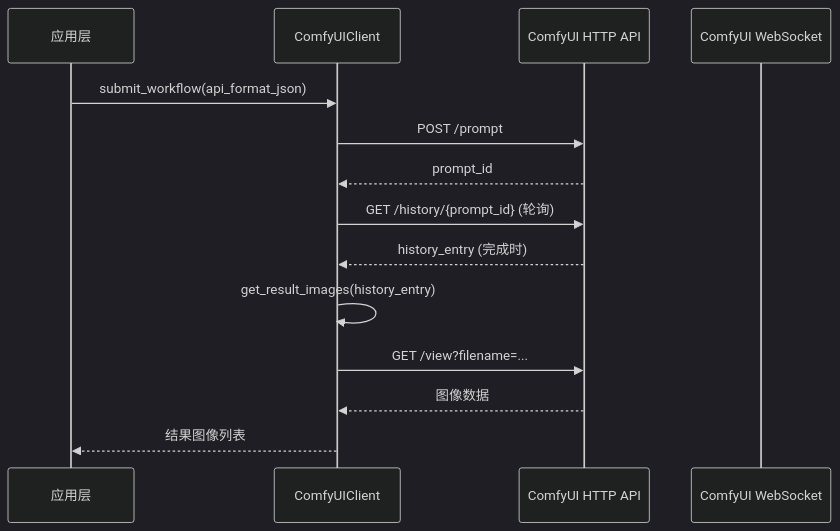
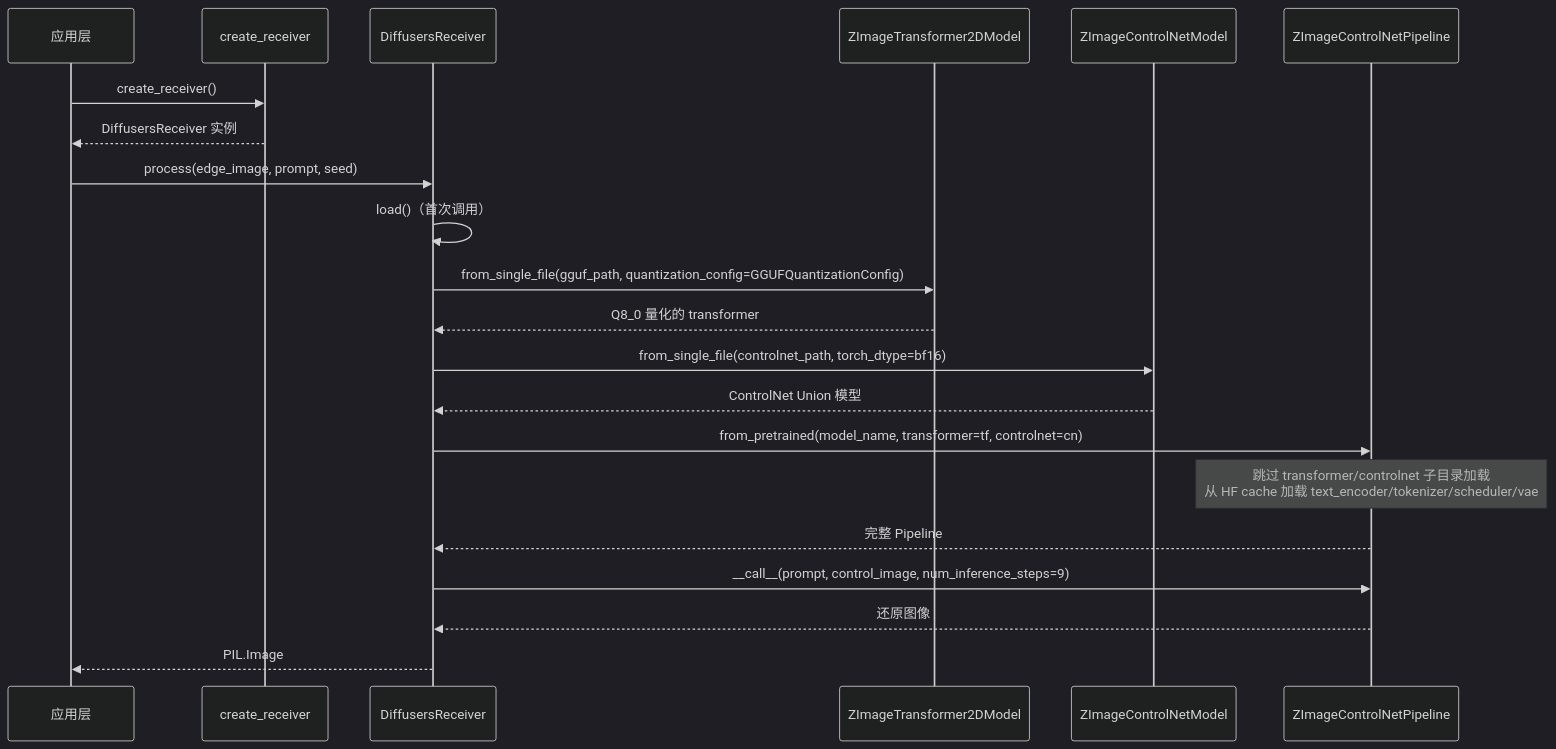
The third of 3 diagrams in docs/architecture.md (chy5301/semantic-transmission), drawn with Mermaid (dark theme) before and after one commit. The commit also changed other lines of this file and 69 other files, not shown here.

````diff
--- a/docs/architecture.md
+++ b/docs/architecture.md
@@ -89,17 +84,24 @@
 ```mermaid
 sequenceDiagram
     participant App as 应用层
-    participant Client as ComfyUIClient
-    participant API as ComfyUI HTTP API
-    participant WS as ComfyUI WebSocket
+    participant Factory as create_receiver
+    participant Rec as DiffusersReceiver
+    participant TF as ZImageTransformer2DModel
+    participant CN as ZImageControlNetModel
+    participant Pipe as ZImageControlNetPipeline
 
-    App->>Client: submit_workflow(api_format_json)
-    Client->>API: POST /prompt
-    API-->>Client: prompt_id
-    Client->>API: GET /history/{prompt_id} (轮询)
-    API-->>Client: history_entry (完成时)
-    Client->>Client: get_result_images(history_entry)
-    Client->>API: GET /view?filename=...
-    API-->>Client: 图像数据
-    Client-->>App: 结果图像列表
+    App->>Factory: create_receiver()
+    Factory-->>App: DiffusersReceiver 实例
+    App->>Rec: process(edge_image, prompt, seed)
+    Rec->>Rec: load()（首次调用）
+    Rec->>TF: from_single_file(gguf_path, quantization_config=GGUFQuantizationConfig)
+    TF-->>Rec: Q8_0 量化的 transformer
+    Rec->>CN: from_single_file(controlnet_path, torch_dtype=bf16)
+    CN-->>Rec: ControlNet Union 模型
+    Rec->>Pipe: from_pretrained(model_name, transformer=tf, controlnet=cn)
+    Note over Pipe: 跳过 transformer/controlnet 子目录加载<br/>从 HF cache 加载 text_encoder/tokenizer/scheduler/vae
+    Pipe-->>Rec: 完整 Pipeline
+    Rec->>Pipe: __call__(prompt, control_image, num_inference_steps=9)
+    Pipe-->>Rec: 还原图像
+    Rec-->>App: PIL.Image
 ```
````
